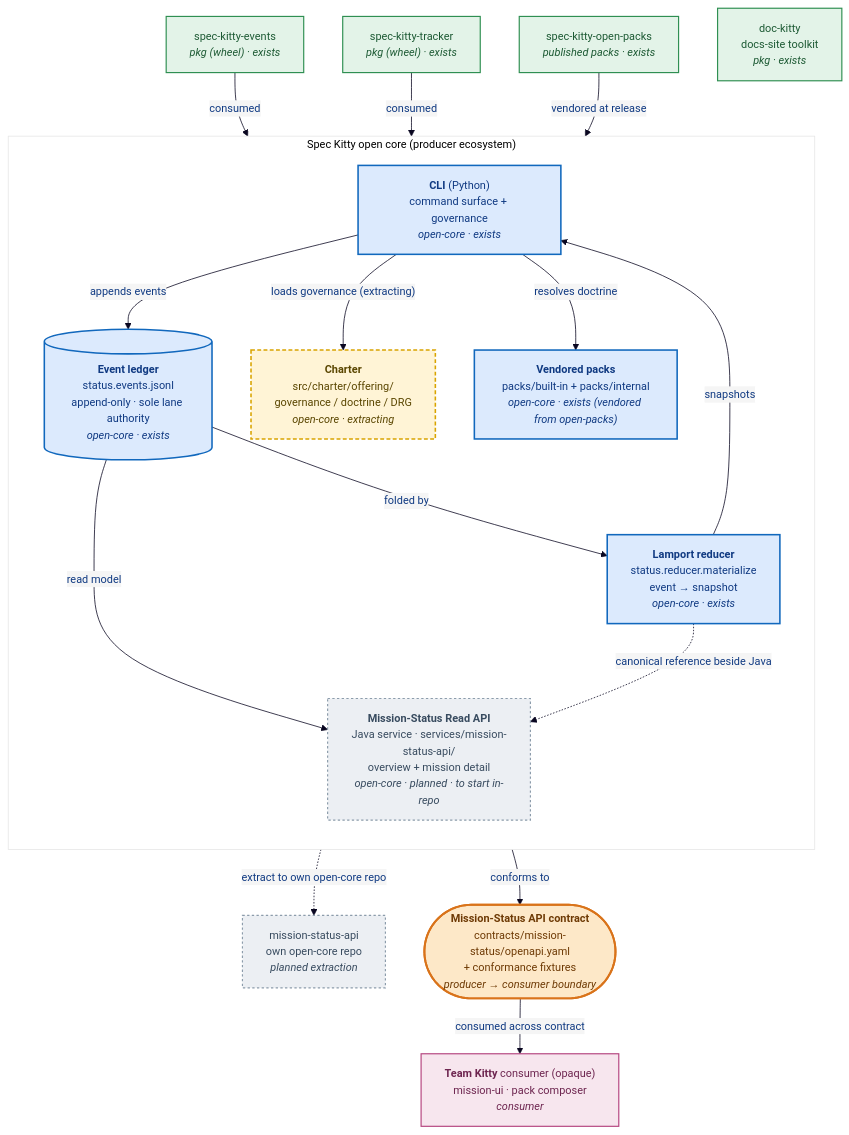
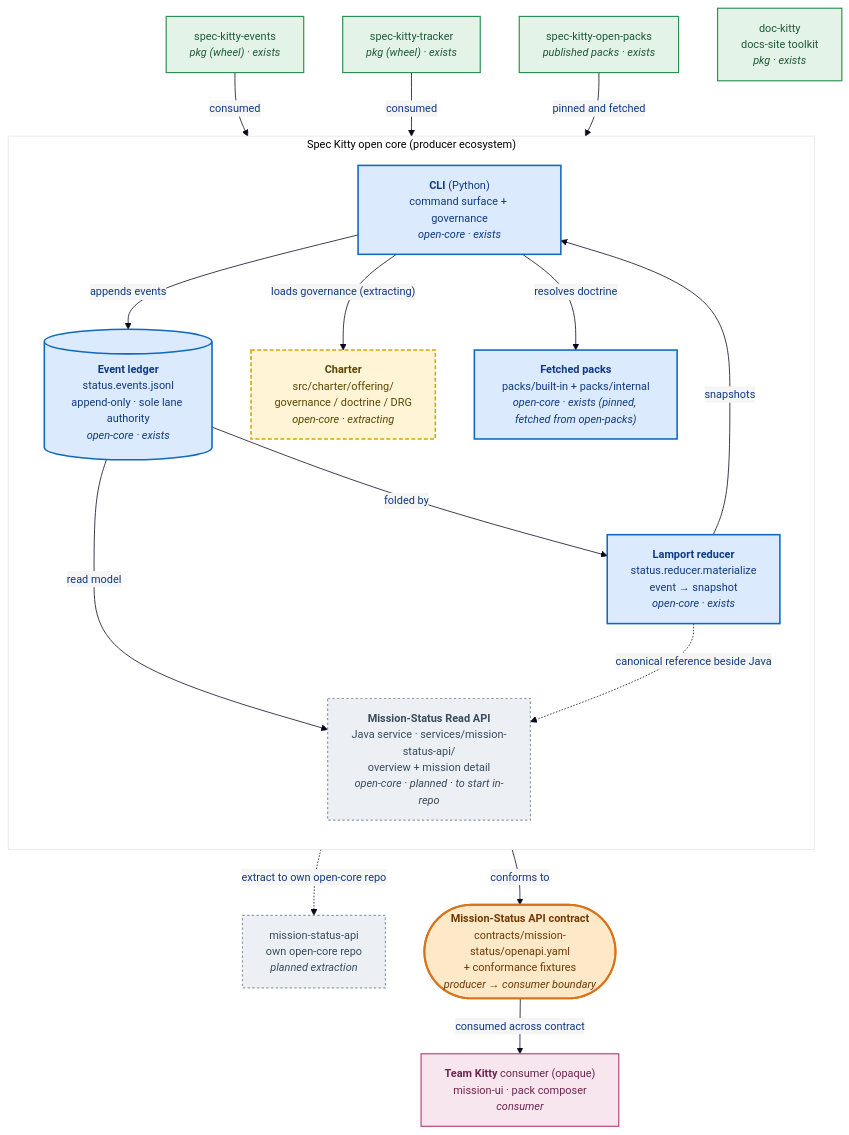
The third of 3 diagrams in docs/architecture/diagrams/02_containers/README.md (spec-kitty/spec-kitty), drawn with Mermaid before and after one commit. The commit also changed other lines of this file and 647 other files, not shown here.

````diff
--- a/docs/architecture/diagrams/02_containers/README.md
+++ b/docs/architecture/diagrams/02_containers/README.md
@@ -271,52 +271,52 @@
 ```mermaid
 %%{init: {'theme':'base','themeVariables': {
   'fontFamily': 'Trebuchet MS, Verdana, Arial, sans-serif',
   'fontSize': '14px',
   'primaryColor': '#f5f5f5',
   'primaryTextColor': '#103a82',
   'primaryBorderColor': '#1c75cc',
   'lineColor': '#0a0721'
 }}}%%
 flowchart TB
     subgraph OpenCore["Spec Kitty open core (producer ecosystem)"]
       direction TB
       cli["<b>CLI</b> (Python)<br/>command surface + governance<br/><i>open-core · exists</i>"]
       ledger[("<b>Event ledger</b><br/>status.events.jsonl<br/>append-only · sole lane authority<br/><i>open-core · exists</i>")]
       reducer["<b>Lamport reducer</b><br/>status.reducer.materialize<br/>event → snapshot<br/><i>open-core · exists</i>"]
       statusapi["<b>Mission-Status Read API</b><br/>Java service · services/mission-status-api/<br/>overview + mission detail<br/><i>open-core · planned · to start in-repo</i>"]
       charter["<b>Charter</b><br/>src/charter/offering/<br/>governance / doctrine / DRG<br/><i>open-core · extracting</i>"]
-      packsrc["<b>Vendored packs</b><br/>packs/built-in + packs/internal<br/><i>open-core · exists (vendored from open-packs)</i>"]
+      packsrc["<b>Fetched packs</b><br/>packs/built-in + packs/internal<br/><i>open-core · exists (pinned, fetched from open-packs)</i>"]
     end
     events["spec-kitty-events<br/><i>pkg (wheel) · exists</i>"]
     tracker["spec-kitty-tracker<br/><i>pkg (wheel) · exists</i>"]
     openpacks["spec-kitty-open-packs<br/><i>published packs · exists</i>"]
     dockitty["doc-kitty<br/>docs-site toolkit<br/><i>pkg · exists</i>"]
     apiRepoFuture["mission-status-api<br/>own open-core repo<br/><i>planned extraction</i>"]
     seam(["<b>Mission-Status API contract</b><br/>contracts/mission-status/openapi.yaml<br/>+ conformance fixtures<br/><i>producer → consumer boundary</i>"])
     teamkitty["<b>Team Kitty</b> consumer (opaque)<br/>mission-ui · pack composer<br/><i>consumer</i>"]
     cli -->|appends events| ledger
     ledger -->|folded by| reducer
     reducer -->|snapshots| cli
     ledger -->|read model| statusapi
     reducer -. canonical reference beside Java .-> statusapi
     cli -->|"loads governance (extracting)"| charter
     cli -->|resolves doctrine| packsrc
     events -->|consumed| cli
     tracker -->|consumed| cli
-    openpacks -->|vendored at release| packsrc
+    openpacks -->|pinned and fetched| packsrc
     statusapi -->|conforms to| seam
     statusapi -. extract to own open-core repo .-> apiRepoFuture
     seam -->|consumed across contract| teamkitty
     classDef coreProducer fill:#dceafd,stroke:#1168bd,color:#103a82,stroke-width:2px;
     classDef extracting fill:#fff4d6,stroke:#d9a400,color:#5a4600,stroke-width:2px,stroke-dasharray:5 3;
     classDef planned fill:#eceff3,stroke:#8c9cab,color:#384b5f,stroke-width:1.5px,stroke-dasharray:3 3;
     classDef pkg fill:#e3f3e8,stroke:#2f8f52,color:#1d5a34,stroke-width:1.5px;
     classDef seam fill:#fde8c8,stroke:#d9731a,color:#6e3a05,stroke-width:2.5px;
     classDef consumer fill:#f7e6ee,stroke:#b5457f,color:#6e2650,stroke-width:1.5px;
     class cli,ledger,reducer,packsrc coreProducer;
     class statusapi,apiRepoFuture planned;
     class charter extracting;
     class events,tracker,openpacks,dockitty pkg;
     class seam seam;
     class teamkitty consumer;
 ```
````
